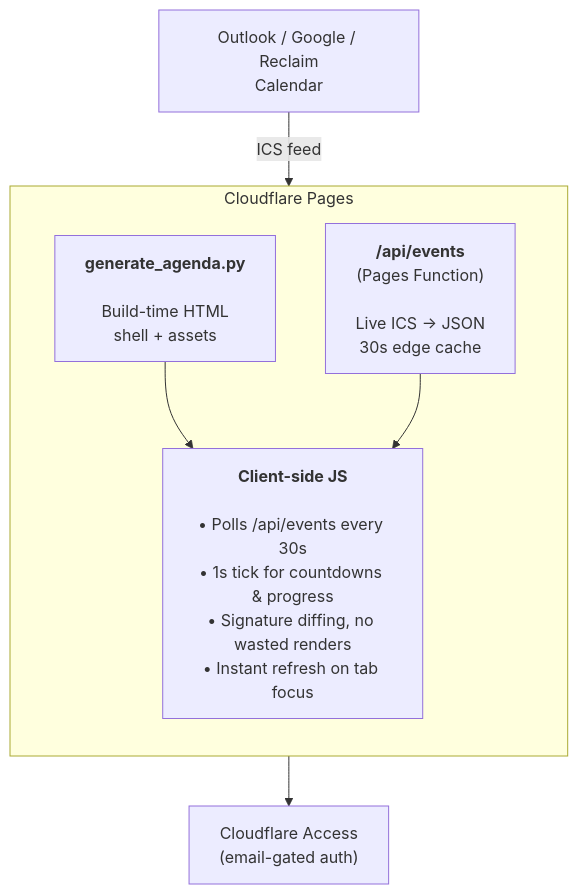
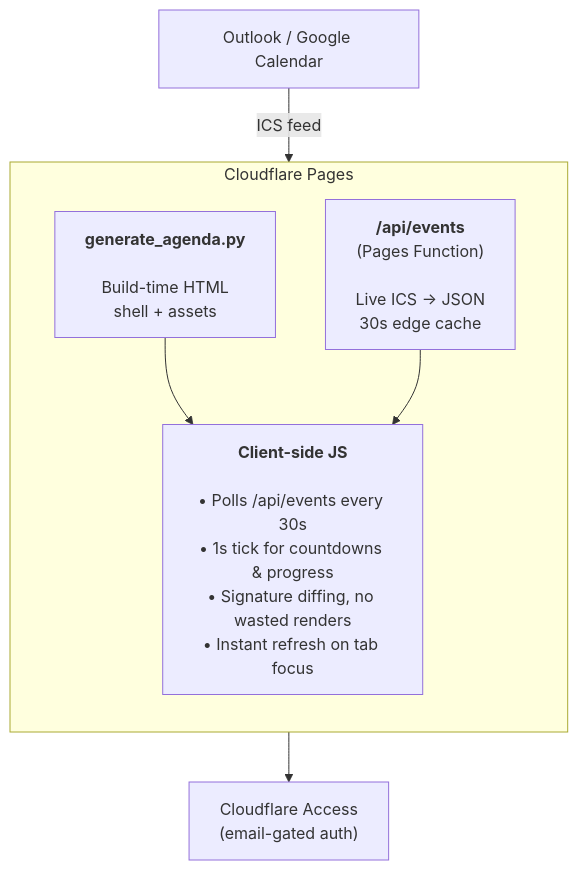
Before and after one commit to franktomasello/github-actions-live-agenda: the diagram in README.md, drawn with Mermaid.

Commit message:
Remove mention of Reclaim from README

````diff
--- a/README.md
+++ b/README.md
@@ -25,15 +25,15 @@
 ```mermaid
 flowchart TB
-    A["Outlook / Google / Reclaim<br/>Calendar"] -- "ICS feed" --> B
+    A["Outlook / Google Calendar"] -- "ICS feed" --> B
 
     subgraph B ["Cloudflare Pages"]
         direction TB
         C["<b>generate_agenda.py</b><br/><br/>Build-time HTML<br/>shell + assets"]
         D["<b>/api/events</b><br/>(Pages Function)<br/><br/>Live ICS → JSON<br/>30s edge cache"]
         E["<b>Client-side JS</b><br/><br/>• Polls /api/events every 30s<br/>• 1s tick for countdowns &amp; progress<br/>• Signature diffing, no wasted renders<br/>• Instant refresh on tab focus"]
         C --> E
         D --> E
     end
 
     E --> F["Cloudflare Access<br/>(email-gated auth)"]
 ```
````
